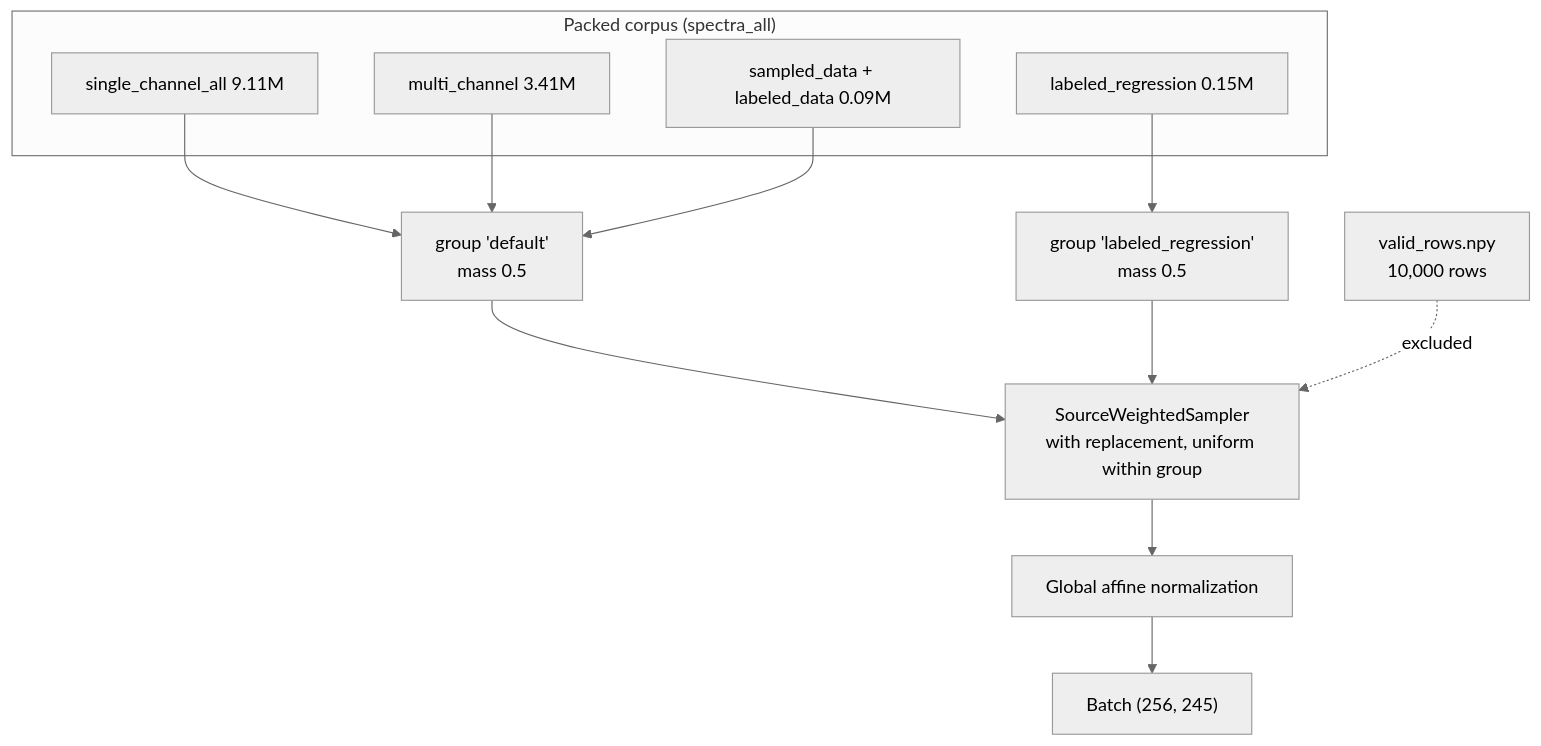
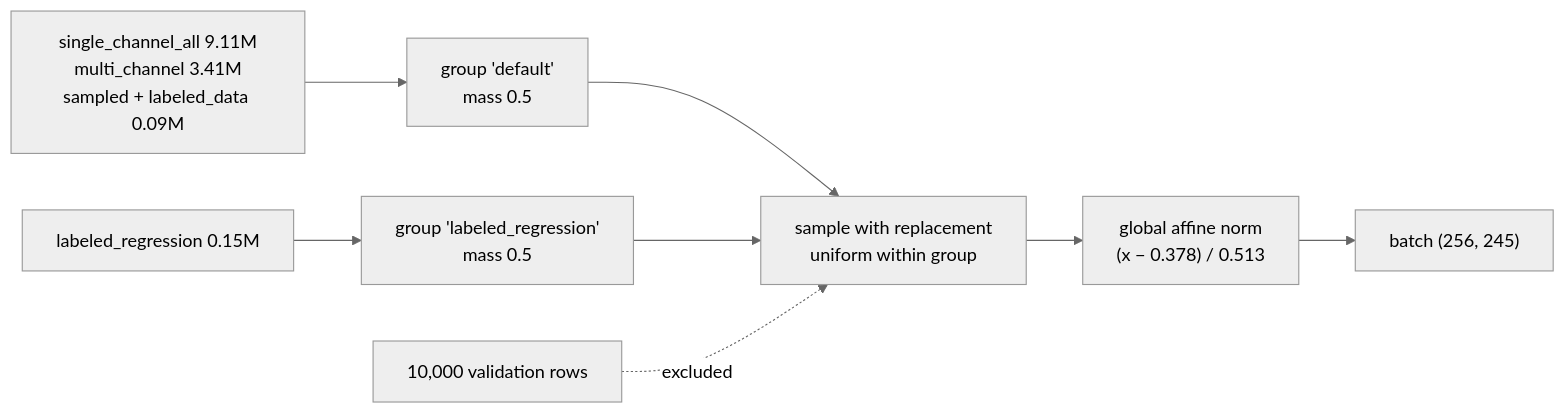
Before and after one commit to h-cohen/SpectralFM-jepa: the second of 7 diagrams in docs/TRAINING_REPORT.md, drawn with Mermaid (neutral theme). The commit also changed other lines of this file and 7 other files, not shown here.

````diff
--- a/docs/TRAINING_REPORT.md
+++ b/docs/TRAINING_REPORT.md
@@ -59,15 +38,8 @@
 ```mermaid
-flowchart TB
-    subgraph corpus["Packed corpus (spectra_all)"]
-        S1["single_channel_all 9.11M"]
-        S2["multi_channel 3.41M"]
-        S3["sampled_data + labeled_data 0.09M"]
-        S4["labeled_regression 0.15M"]
-    end
-    S1 & S2 & S3 --> G0["group 'default'<br/>mass 0.5"]
-    S4 --> G1["group 'labeled_regression'<br/>mass 0.5"]
-    G0 & G1 --> SM["SourceWeightedSampler<br/>with replacement, uniform within group"]
-    SM --> NZ["Global affine normalization"]
-    NZ --> BT["Batch (256, 245)"]
-    V["valid_rows.npy<br/>10,000 rows"] -.->|excluded| SM
+flowchart LR
+    S1["single_channel_all 9.11M<br/>multi_channel 3.41M<br/>sampled + labeled_data 0.09M"] --> G0["group 'default'<br/>mass 0.5"]
+    S4["labeled_regression 0.15M"] --> G1["group 'labeled_regression'<br/>mass 0.5"]
+    G0 & G1 --> SM["sample with replacement<br/>uniform within group"]
+    SM --> NZ["global affine norm<br/>(x − 0.378) / 0.513"] --> BT["batch (256, 245)"]
+    V["10,000 validation rows"] -.->|excluded| SM
 ```
````
